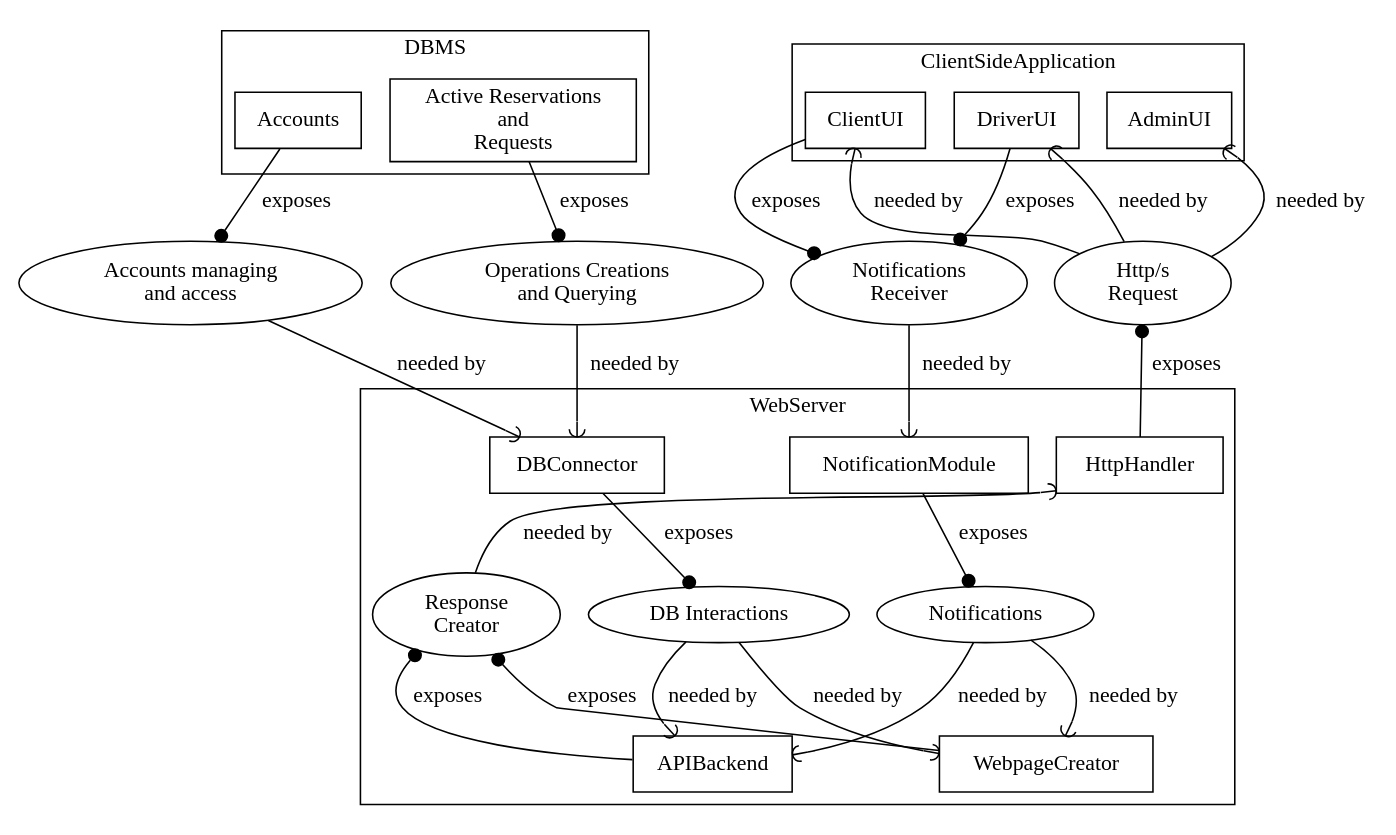
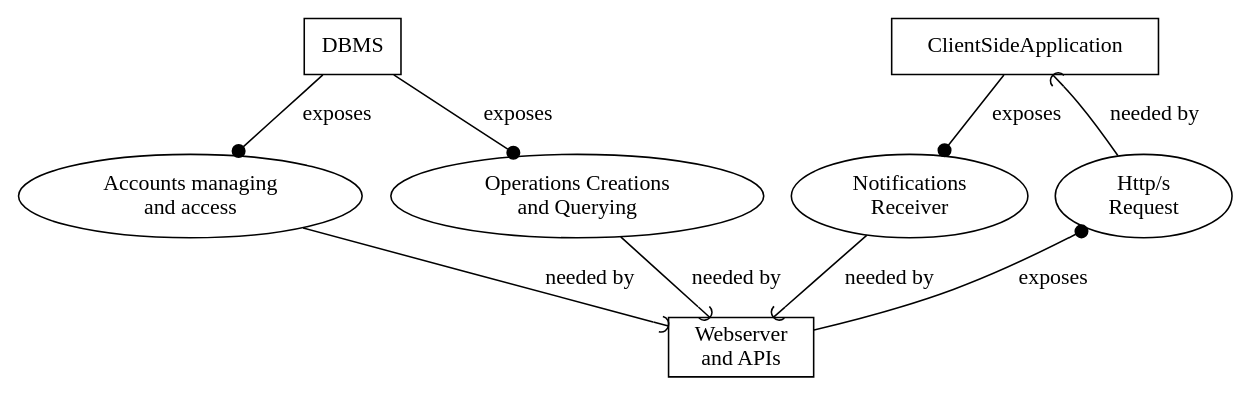
One commit to RobClap/SE2_Stella_Clapis_Project changed the diagram in Presentation/dot/Component.dot. Above: the diagram before and after it, drawn with Graphviz. The commit also changed 5 other files, not shown here.

```diff
--- a/Presentation/dot/Component.dot
+++ b/Presentation/dot/Component.dot
@@ -1,55 +1,19 @@
 digraph Components{
-//	rankdir=LR
-//	forcelabels=true
-//	concentrate=true
 	node[shape=rect]
-	subgraph clusterDBMS{
-		label="DBMS"
-		node[shape=rect]
-		Accounts
-		ActiveOperations[label="Active Reservations\nand\nRequests"]
-	}
-	subgraph clusterWebserver{
-		label="WebServer"
-		node[shape=rect]
-		APIBackend,WebpageCreator,DBConnector,NotificationModule, HttpHandler
-		ResponseCreator[shape=ellipse label="Response\nCreator"]
-		ResponseCreator -> HttpHandler[arrowhead=curve label="needed by" constraint=false]	
-		{APIBackend WebpageCreator}-> ResponseCreator [label="exposes" arrowhead=dot constraint=false]
-		//APIBackend:s -> ResponseCreator:e [label="exposes" arrowhead=dot constraint=false]
-		//WebpageCreator:se -> ResponseCreator:e [label="exposes" arrowhead=dot constraint=false]
-
-		DbInteractions[shape=ellipse label="DB Interactions"]
-		DBConnector->DbInteractions[label="exposes" arrowhead=dot]
-		DbInteractions -> {APIBackend WebpageCreator}[arrowhead=curve label="needed by"]	
-		
-		notif[shape=ellipse label="Notifications"]
-		NotificationModule->notif[label="exposes" arrowhead=dot]
-		notif -> {APIBackend WebpageCreator}[arrowhead=curve label="needed by"]	
-		
-		
-
-		{rank=same ResponseCreator notif}
-		{rank=same DBConnector HttpHandler}
-	}
-	subgraph clusterClientApp{
-		label="ClientSideApplication"
-		node[shape=rect]
-		ClientUI,DriverUI,AdminUI
-	}
+	WebServer[label="Webserver\nand APIs"]
 	AccountsManaging[shape=ellipse label="Accounts managing\n and access"]
-	Accounts->AccountsManaging[label="exposes" arrowhead=dot]
-	AccountsManaging->DBConnector[label="needed by" arrowhead=curve]
+	DBMS->AccountsManaging[label="exposes" arrowhead=dot]
+	AccountsManaging->WebServer[label="needed by" arrowhead=curve]
 	
 	Operations[shape=ellipse label="Operations Creations\n and Querying"]
-	ActiveOperations -> Operations[label="exposes" arrowhead=dot]
-	Operations->DBConnector[label="needed by" arrowhead=curve]
+	DBMS-> Operations[label="exposes" arrowhead=dot]
+	Operations->WebServer[label="needed by" arrowhead=curve]
 	
 	notifReceiver[shape=ellipse label="Notifications\n Receiver"]
-	{ClientUI DriverUI}-> notifReceiver[label="exposes" arrowhead=dot]
-	notifReceiver->NotificationModule[label="needed by" arrowhead=curve]
+	ClientSideApplication-> notifReceiver[label="exposes" arrowhead=dot]
+	notifReceiver->WebServer[label="needed by" arrowhead=curve]
 	
 	HttpRequest[shape=ellipse label="Http/s \n Request"]
-	{ClientUI DriverUI AdminUI}-> HttpRequest[label="needed by" dir=both arrowhead=none arrowtail=curve]
-	HttpRequest->HttpHandler[label="exposes" dir=both arrowhead=none arrowtail=dot]
+	ClientSideApplication-> HttpRequest[label="needed by" dir=both arrowhead=none arrowtail=curve]
+	HttpRequest->WebServer[label="exposes" dir=both arrowhead=none arrowtail=dot]
 }
```
